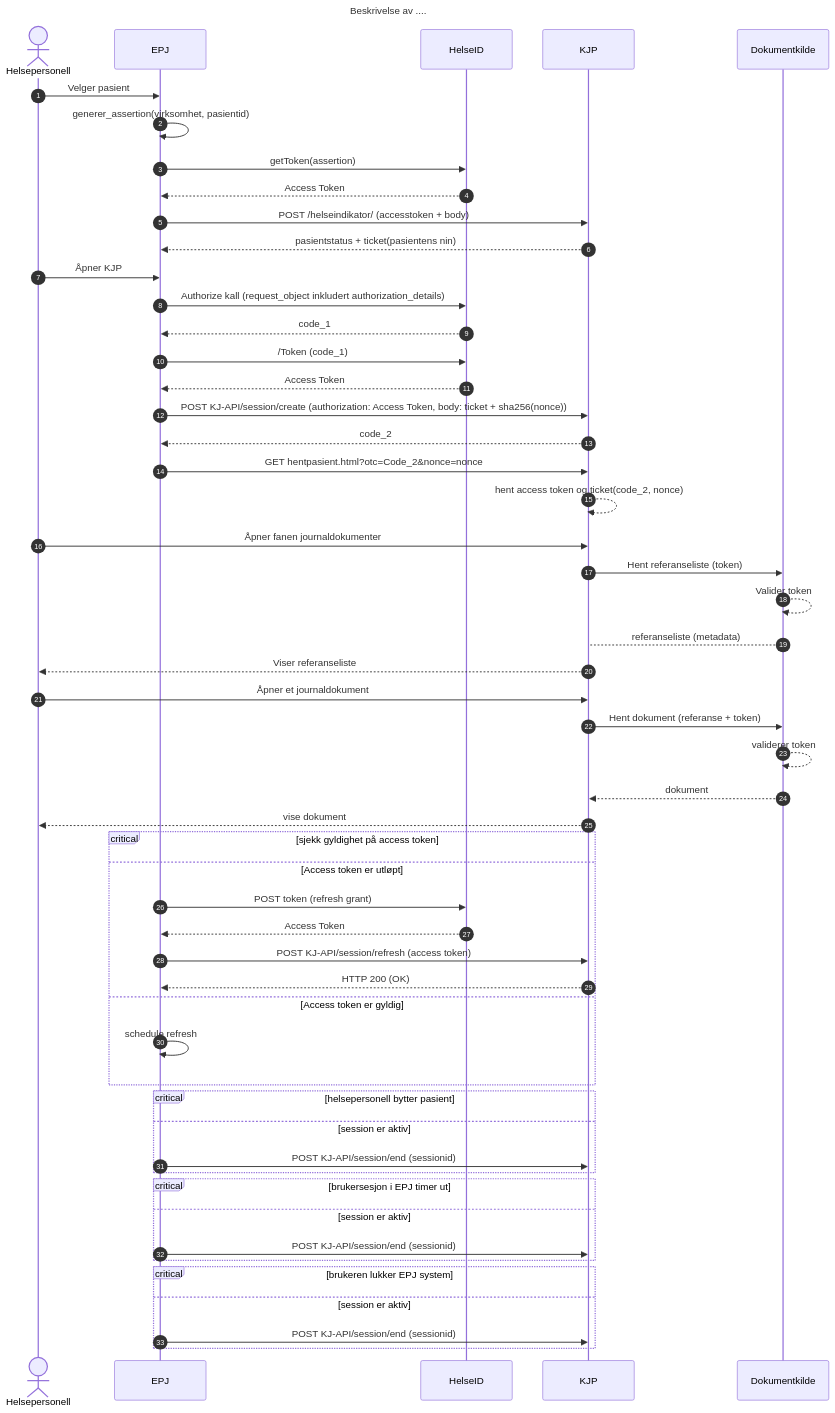
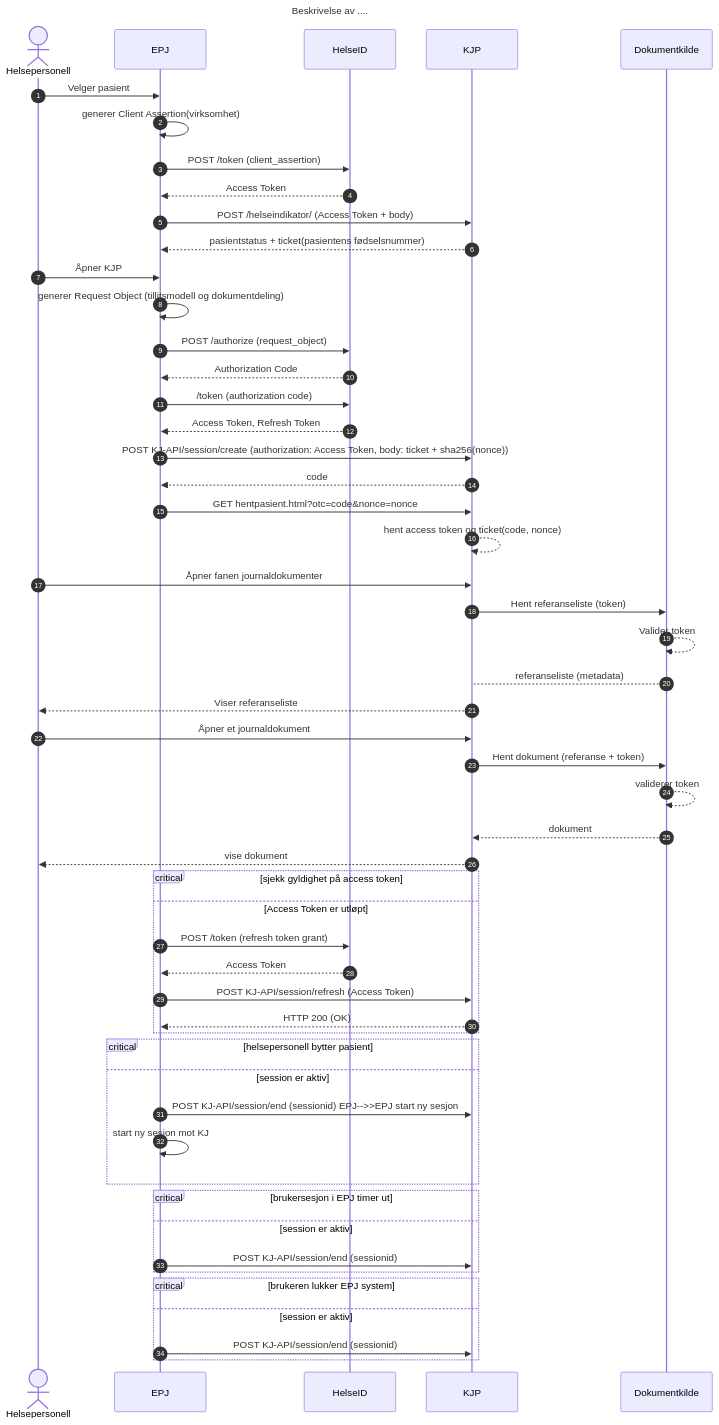
One commit to NorskHelsenett/Tillitsrammeverk changed the diagram in specs/dokumentdeling_overordnet_spec.md. Above: the diagram before and after it, drawn with Mermaid. The commit also changed other lines of this file and 3 other files, not shown here.

`````diff
--- a/specs/dokumentdeling_overordnet_spec.md
+++ b/specs/dokumentdeling_overordnet_spec.md
@@ -63,66 +65,65 @@
 ````mermaid
 sequenceDiagram 
   autonumber
   title Beskrivelse av ....
   actor HP as Helsepersonell
   participant EPJ
   participant HelseID
   participant KJP
   participant Dokumentkilde
 
   HP->>EPJ: Velger pasient
-  EPJ->>EPJ: generer_assertion(virksomhet, pasientid)
-  EPJ->>HelseID: getToken(assertion)
+  EPJ->>EPJ: generer Client Assertion(virksomhet)
+  EPJ->>HelseID: POST /token (client_assertion)
   HelseID-->>EPJ: Access Token
-  EPJ->>KJP: POST /helseindikator/ (accesstoken + body)
-  KJP-->>EPJ: pasientstatus + ticket(pasientens nin)
+  EPJ->>KJP: POST /helseindikator/ (Access Token + body)
+  KJP-->>EPJ: pasientstatus + ticket(pasientens fødselsnummer)
   HP->>EPJ: Åpner KJP
-  EPJ->>HelseID: Authorize kall (request_object inkludert authorization_details)
-  HelseID-->>EPJ: code_1
-  EPJ->>HelseID: /Token (code_1)
-  HelseID-->>EPJ: Access Token
+  EPJ->>EPJ: generer Request Object (tillitsmodell og dokumentdeling)
+  EPJ->>HelseID: POST /authorize (request_object)
+  HelseID-->>EPJ: Authorization Code
+  EPJ->>HelseID: /token (authorization code)
+  HelseID-->>EPJ: Access Token, Refresh Token
   EPJ->>KJP: POST KJ-API/session/create (authorization: Access Token, body: ticket + sha256(nonce))
-  KJP-->>EPJ: code_2
-  EPJ->>KJP: GET hentpasient.html?otc=Code_2&nonce=nonce
-  KJP-->>KJP: hent access token og ticket(code_2, nonce)
+  KJP-->>EPJ: code
+  EPJ->>KJP: GET hentpasient.html?otc=code&nonce=nonce
+  KJP-->>KJP: hent access token og ticket(code, nonce)
   HP->>KJP: Åpner fanen journaldokumenter
   KJP->>Dokumentkilde: Hent referanseliste (token)
  
   Dokumentkilde-->>Dokumentkilde: Valider token
   Dokumentkilde-->KJP: referanseliste (metadata)
  
   KJP-->>HP: Viser referanseliste
   HP->>KJP: Åpner et journaldokument
   KJP->>Dokumentkilde: Hent dokument (referanse + token)
   Dokumentkilde-->>Dokumentkilde: validerer token
   Dokumentkilde-->>KJP: dokument
   KJP-->>HP: vise dokument
 
   critical sjekk gyldighet på access token
 
-    option Access token er utløpt
-        EPJ->>HelseID: POST token (refresh grant)
+    option Access Token er utløpt
+        EPJ->>HelseID: POST /token (refresh token grant)
         HelseID-->>EPJ: Access Token
-        EPJ->>KJP: POST KJ-API/session/refresh (access token) 
+        EPJ->>KJP: POST KJ-API/session/refresh (Access Token) 
         KJP-->>EPJ: HTTP 200 (OK)
-    
-    option Access token er gyldig
-        EPJ->>EPJ: schedule refresh
   end
 
   critical helsepersonell bytter pasient
   option session er aktiv
-    EPJ->>KJP: POST KJ-API/session/end (sessionid)
+    EPJ->>KJP: POST KJ-API/session/end (sessionid) EPJ-->>EPJ start ny sesjon
+    EPJ->>EPJ: start ny sesjon mot KJ
   end
   
   critical brukersesjon i EPJ timer ut
   option session er aktiv
     EPJ->>KJP: POST KJ-API/session/end (sessionid)
   end
 
   critical brukeren lukker EPJ system
   option session er aktiv
     EPJ->>KJP: POST KJ-API/session/end (sessionid)
 
 end 
 ````
`````
